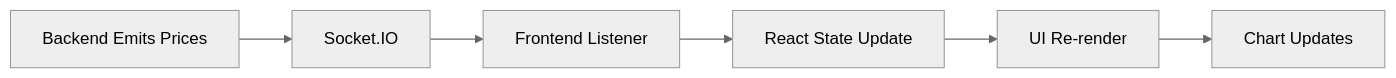
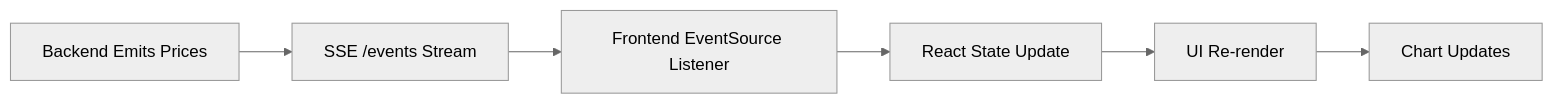
The third of 4 diagrams in README.md (priya3054/zerodha-specmatic), drawn with Mermaid (neutral theme) before and after one commit. The commit also changed other lines of this file and 16 other files, not shown here.

First line of the commit message:
feat(realtime): replace Socket.IO with SSE, fix Specmatic license mount

````diff
--- a/README.md
+++ b/README.md
@@ -113,13 +113,13 @@
 ```mermaid
 flowchart LR
 
-A[Backend Emits Prices] --> B[Socket.IO]
+A[Backend Emits Prices] --> B[SSE /events Stream]
 
-B --> C[Frontend Listener]
+B --> C[Frontend EventSource Listener]
 
 C --> D[React State Update]
 
 D --> E[UI Re-render]
 
 E --> F[Chart Updates]
 ```
````
